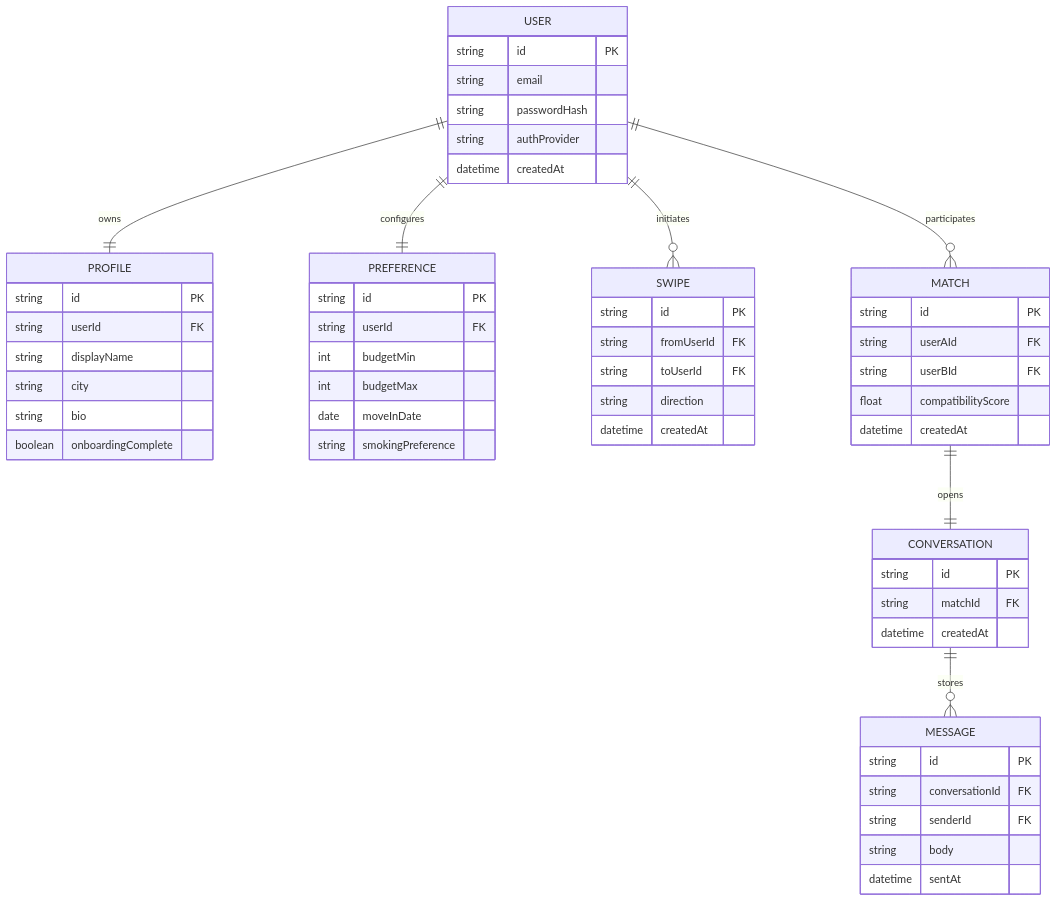
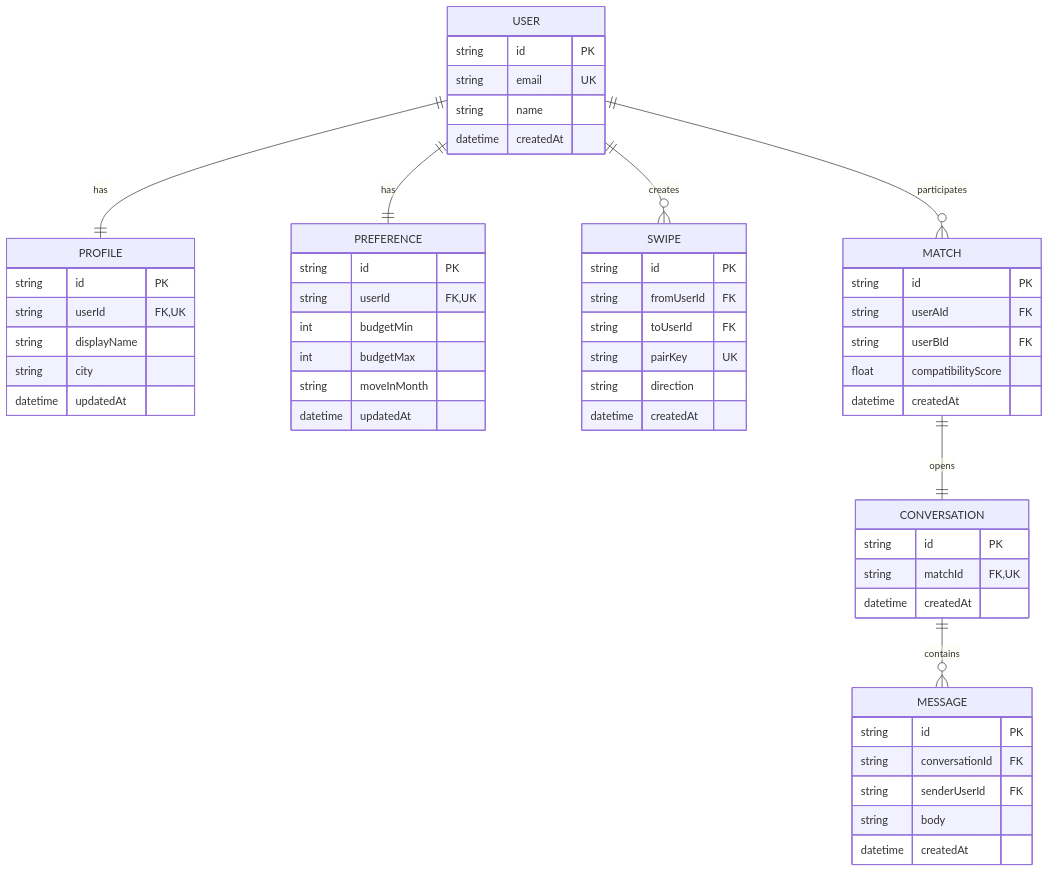
One commit to mitul-bhatia/Vibes changed the diagram in diagrams/src/06-erd-diagram.mmd. Above: the diagram before and after it, drawn with Mermaid. The commit also changed 7 other files, not shown here.

```diff
--- a/diagrams/src/06-erd-diagram.mmd
+++ b/diagrams/src/06-erd-diagram.mmd
@@ -1,63 +1,62 @@
 erDiagram
+  USER ||--|| PROFILE : has
+  USER ||--|| PREFERENCE : has
+  USER ||--o{ SWIPE : creates
+  USER ||--o{ MATCH : participates
+  MATCH ||--|| CONVERSATION : opens
+  CONVERSATION ||--o{ MESSAGE : contains
+
   USER {
     string id PK
-    string email
-    string passwordHash
-    string authProvider
+    string email UK
+    string name
     datetime createdAt
   }
 
   PROFILE {
     string id PK
-    string userId FK
+    string userId FK,UK
     string displayName
     string city
-    string bio
-    boolean onboardingComplete
+    datetime updatedAt
   }
 
   PREFERENCE {
     string id PK
-    string userId FK
+    string userId FK,UK
     int budgetMin
     int budgetMax
-    date moveInDate
-    string smokingPreference
+    string moveInMonth
+    datetime updatedAt
   }
 
   SWIPE {
     string id PK
     string fromUserId FK
     string toUserId FK
+    string pairKey UK
     string direction
     datetime createdAt
   }
 
   MATCH {
     string id PK
     string userAId FK
     string userBId FK
     float compatibilityScore
     datetime createdAt
   }
 
   CONVERSATION {
     string id PK
-    string matchId FK
+    string matchId FK,UK
     datetime createdAt
   }
 
   MESSAGE {
     string id PK
     string conversationId FK
-    string senderId FK
+    string senderUserId FK
     string body
-    datetime sentAt
+    datetime createdAt
   }
-
-  USER ||--|| PROFILE : owns
-  USER ||--|| PREFERENCE : configures
-  USER ||--o{ SWIPE : initiates
-  USER ||--o{ MATCH : participates
-  MATCH ||--|| CONVERSATION : opens
-  CONVERSATION ||--o{ MESSAGE : stores
```
